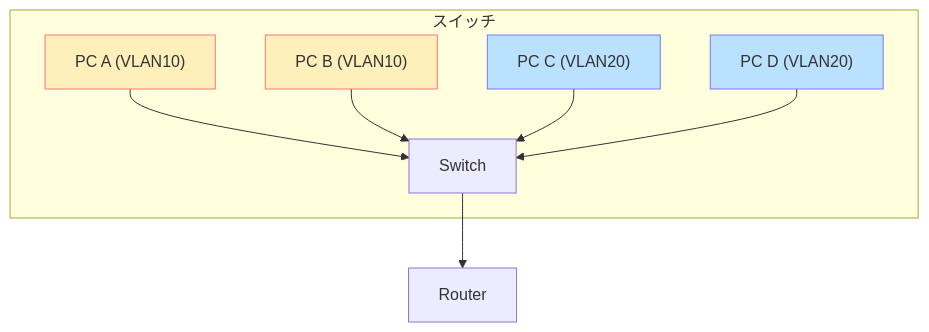
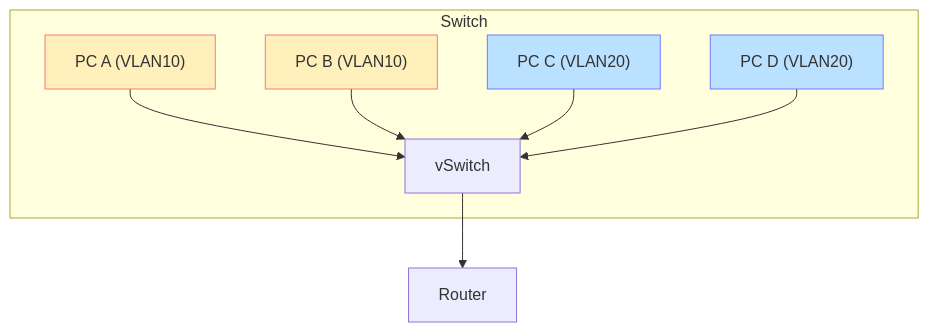
One commit to uecken/docs changed diagram 11 of 15 in 新人エンジニアが学ぶ無線とIPネットワーク/readme.md. Above: the diagram before and after it, drawn with Mermaid. The commit also changed 1 other file, not shown here.

````diff
--- a/新人エンジニアが学ぶ無線とIPネットワーク/readme.md
+++ b/新人エンジニアが学ぶ無線とIPネットワーク/readme.md
@@ -161,12 +161,12 @@
 ```mermaid
 flowchart TB
-    subgraph "スイッチ"
-      PC_A["PC A (VLAN10)"]:::vlan10 --> Switch
-      PC_B["PC B (VLAN10)"]:::vlan10 --> Switch
-      PC_C["PC C (VLAN20)"]:::vlan20 --> Switch
-      PC_D["PC D (VLAN20)"]:::vlan20 --> Switch
+    subgraph "Switch"
+      PC_A["PC A (VLAN10)"]:::vlan10 --> vSwitch
+      PC_B["PC B (VLAN10)"]:::vlan10 --> vSwitch
+      PC_C["PC C (VLAN20)"]:::vlan20 --> vSwitch
+      PC_D["PC D (VLAN20)"]:::vlan20 --> vSwitch
     end
-    Switch --> RouterX["Router"]
+    vSwitch --> Router["Router"]
     classDef vlan10 fill:#ffefba,stroke:#f77,stroke-width:1px;
     classDef vlan20 fill:#bae1ff,stroke:#77f,stroke-width:1px;
 ```
````
